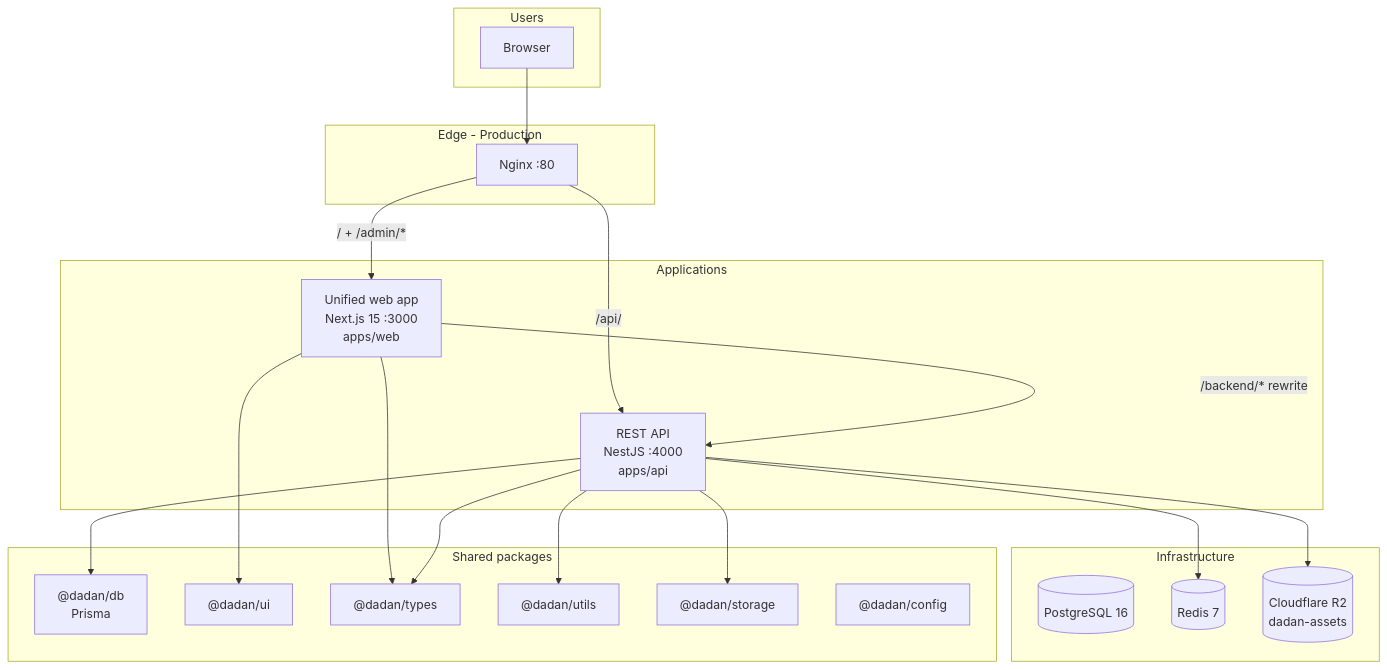
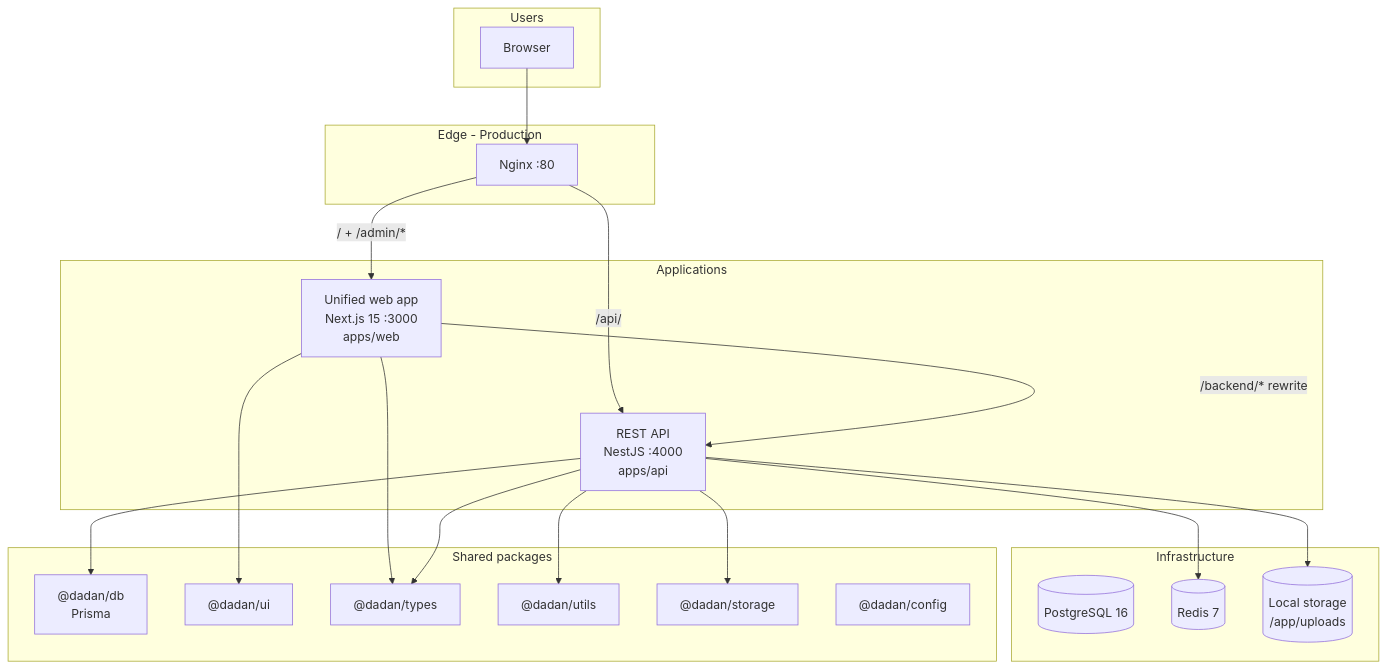
Before and after one commit to mustafa-khaled/Danan-ECOM: the first of 2 diagrams in docs/ARCHITECTURE.md, drawn with Mermaid. The commit also changed other lines of this file and 8 other files, not shown here.

````diff
--- a/docs/ARCHITECTURE.md
+++ b/docs/ARCHITECTURE.md
@@ -26,45 +26,45 @@
 ```mermaid
 flowchart TB
   subgraph clients [Users]
     B[Browser]
   end
 
   subgraph edge [Edge - Production]
     NG[Nginx :80]
   end
 
   subgraph apps [Applications]
     WEB["Unified web app<br/>Next.js 15 :3000<br/>apps/web"]
     API["REST API<br/>NestJS :4000<br/>apps/api"]
   end
 
   subgraph shared [Shared packages]
     DB["@dadan/db<br/>Prisma"]
     UI["@dadan/ui"]
     TYPES["@dadan/types"]
     UTILS["@dadan/utils"]
     STORAGE["@dadan/storage"]
     CONFIG["@dadan/config"]
   end
 
   subgraph infra [Infrastructure]
     PG[(PostgreSQL 16)]
     RD[(Redis 7)]
-    R2[(Cloudflare R2<br/>dadan-assets)]
+    FS[(Local storage<br/>/app/uploads)]
   end
 
   B --> NG
   NG -->|"/ + /admin/*"| WEB
   NG -->|"/api/"| API
 
   WEB -->|"/backend/* rewrite"| API
   API --> DB
   API --> RD
-  API --> R2
+  API --> FS
 
   WEB --> UI
   API --> UTILS
   API --> STORAGE
   WEB --> TYPES
   API --> TYPES
 ```
````
